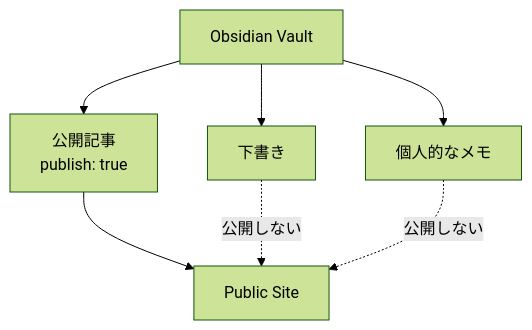
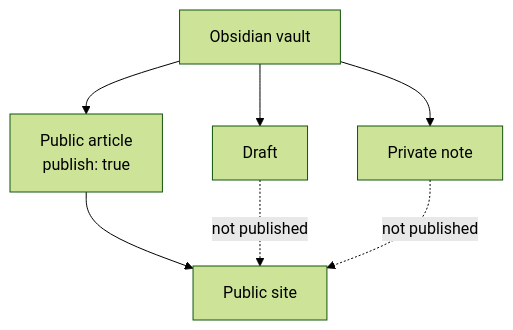
The second of 7 diagrams in docs/docs/guides/obsidian.md (Rerurate514/riebeckite), drawn with Mermaid (forest theme) before and after one commit. The commit also changed other lines of this file and 604 other files, not shown here.

````diff
--- a/docs/docs/guides/obsidian.md
+++ b/docs/docs/guides/obsidian.md
@@ -94,12 +106,12 @@
-```mermaid id="mr9bb1"
+```mermaid
 flowchart TD
-    Vault["Obsidian Vault"]
+    Vault["Obsidian vault"]
 
-    Vault --> A["公開記事<br/>publish: true"]
-    Vault --> B["下書き"]
-    Vault --> C["個人的なメモ"]
+    Vault --> A["Public article<br/>publish: true"]
+    Vault --> B["Draft"]
+    Vault --> C["Private note"]
 
-    A --> Site["Public Site"]
-    B -.->|"公開しない"| Site
-    C -.->|"公開しない"| Site
+    A --> Site["Public site"]
+    B -.->|"not published"| Site
+    C -.->|"not published"| Site
 ```
````
